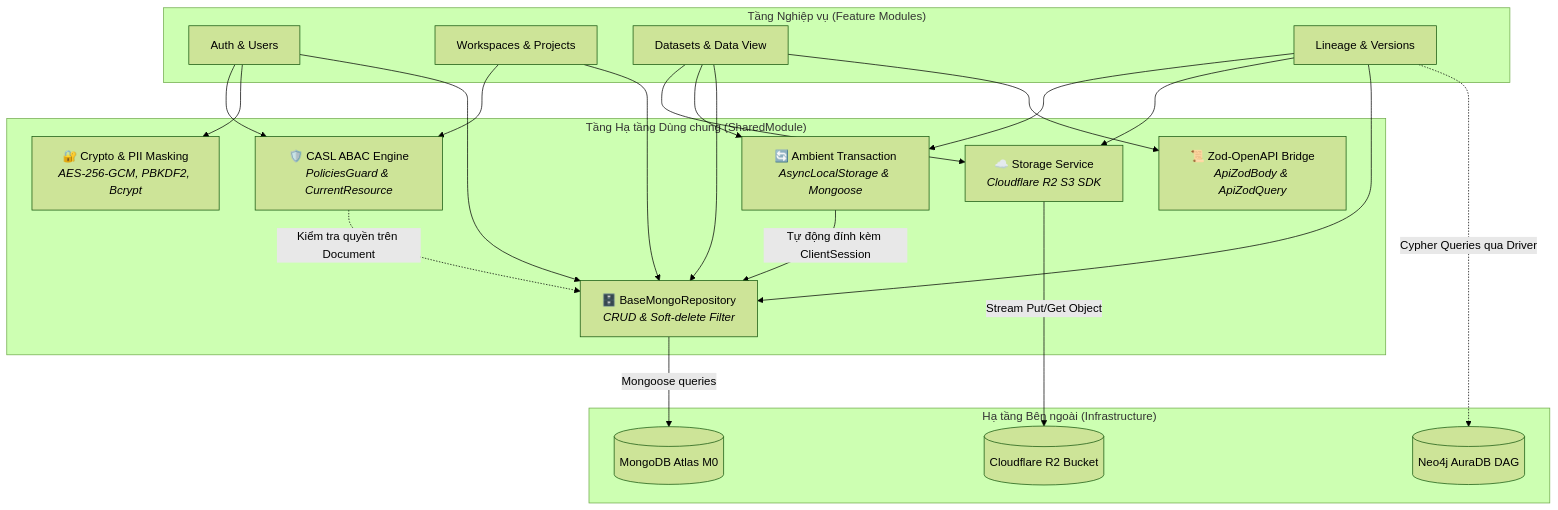
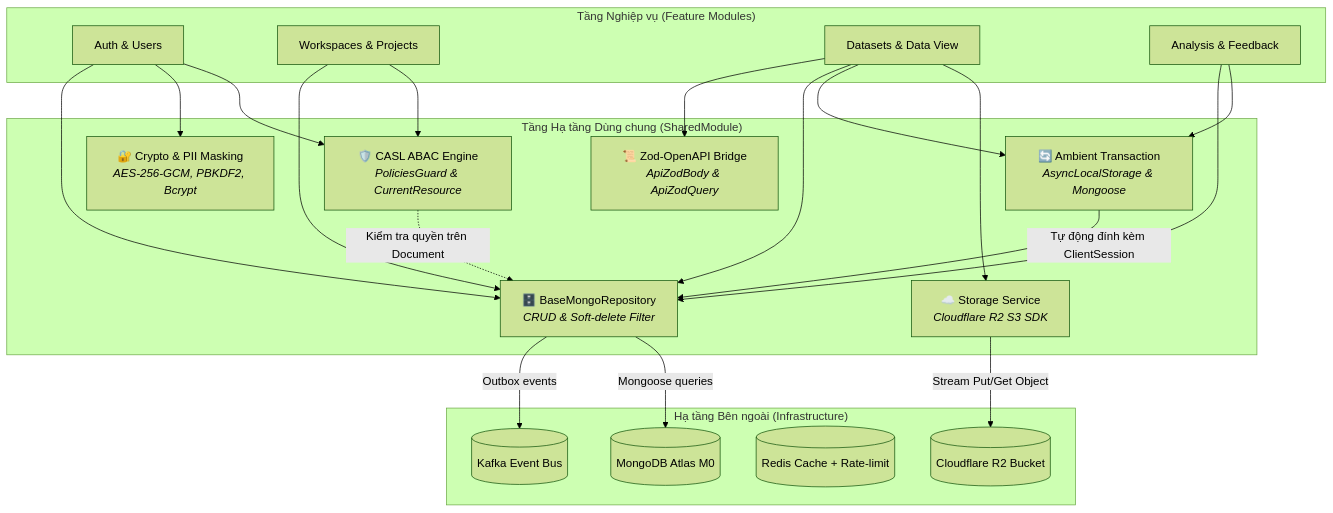
Before and after one commit to tieneshoabeai/AI-systems-support-detecting-and-handling-data-quality-issues: the diagram in src/backend/src/shared/README.md, drawn with Mermaid (forest theme). The commit also changed other lines of this file and 3 other files, not shown here.

````diff
--- a/src/backend/src/shared/README.md
+++ b/src/backend/src/shared/README.md
@@ -18,35 +18,36 @@
 ```mermaid
 graph TD
     subgraph Feature Modules ["Tầng Nghiệp vụ (Feature Modules)"]
         FM1["Auth & Users"]
         FM2["Workspaces & Projects"]
         FM3["Datasets & Data View"]
-        FM4["Lineage & Versions"]
+        FM4["Analysis & Feedback"]
     end
 
     subgraph Shared Layer ["Tầng Hạ tầng Dùng chung (SharedModule)"]
         CASL["🛡️ CASL ABAC Engine<br/><i>PoliciesGuard & CurrentResource</i>"]
         TX["🔄 Ambient Transaction<br/><i>AsyncLocalStorage & Mongoose</i>"]
         STORE["☁️ Storage Service<br/><i>Cloudflare R2 S3 SDK</i>"]
         CRYPTO["🔐 Crypto & PII Masking<br/><i>AES-256-GCM, PBKDF2, Bcrypt</i>"]
         SWAGGER["📜 Zod-OpenAPI Bridge<br/><i>ApiZodBody & ApiZodQuery</i>"]
         REPO["🗄️ BaseMongoRepository<br/><i>CRUD & Soft-delete Filter</i>"]
     end
 
     subgraph Infrastructure ["Hạ tầng Bên ngoài (Infrastructure)"]
         Mongo[("MongoDB Atlas M0")]
         R2[("Cloudflare R2 Bucket")]
-        Aura[("Neo4j AuraDB DAG")]
+        Redis[("Redis Cache + Rate-limit")]
+        Kafka[("Kafka Event Bus")]
     end
 
     FM1 --> CASL & CRYPTO & REPO
     FM2 --> CASL & REPO
     FM3 --> STORE & TX & REPO & SWAGGER
-    FM4 --> TX & STORE & REPO
+    FM4 --> TX & REPO
 
     CASL -.->|"Kiểm tra quyền trên Document"| REPO
     TX -->|"Tự động đính kèm ClientSession"| REPO
     REPO -->|"Mongoose queries"| Mongo
     STORE -->|"Stream Put/Get Object"| R2
-    FM4 -.->|"Cypher Queries qua Driver"| Aura
+    REPO -->|"Outbox events"| Kafka
 ```
````
